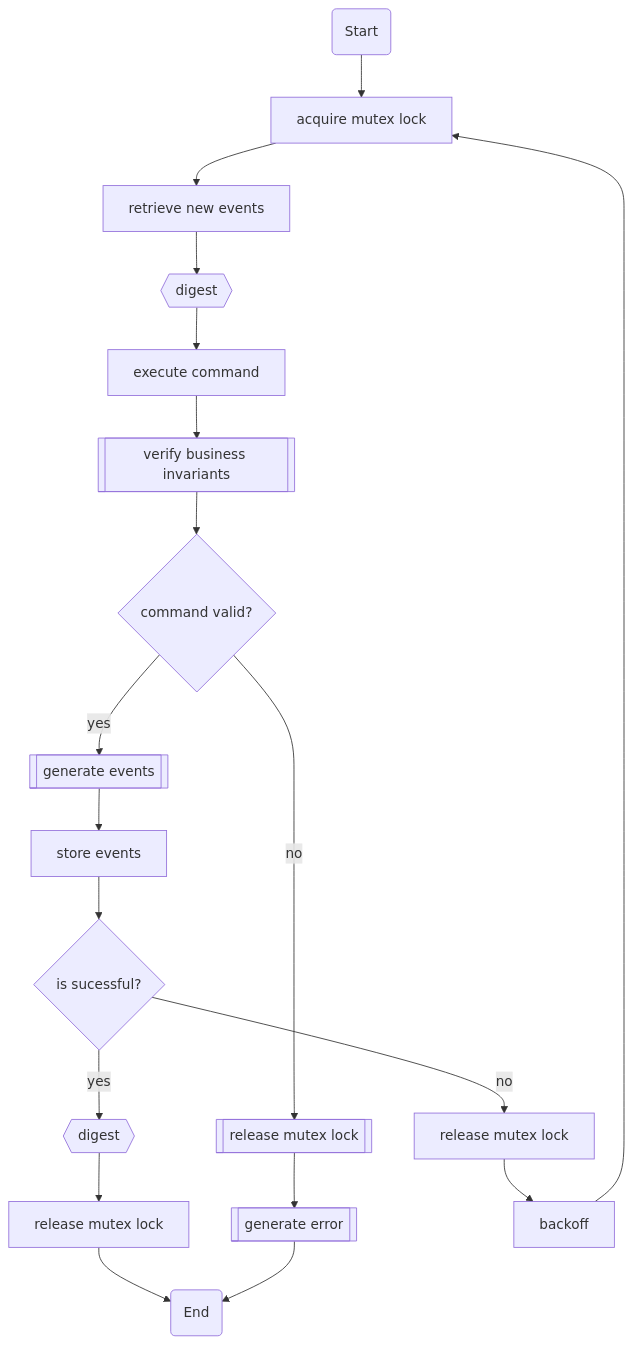
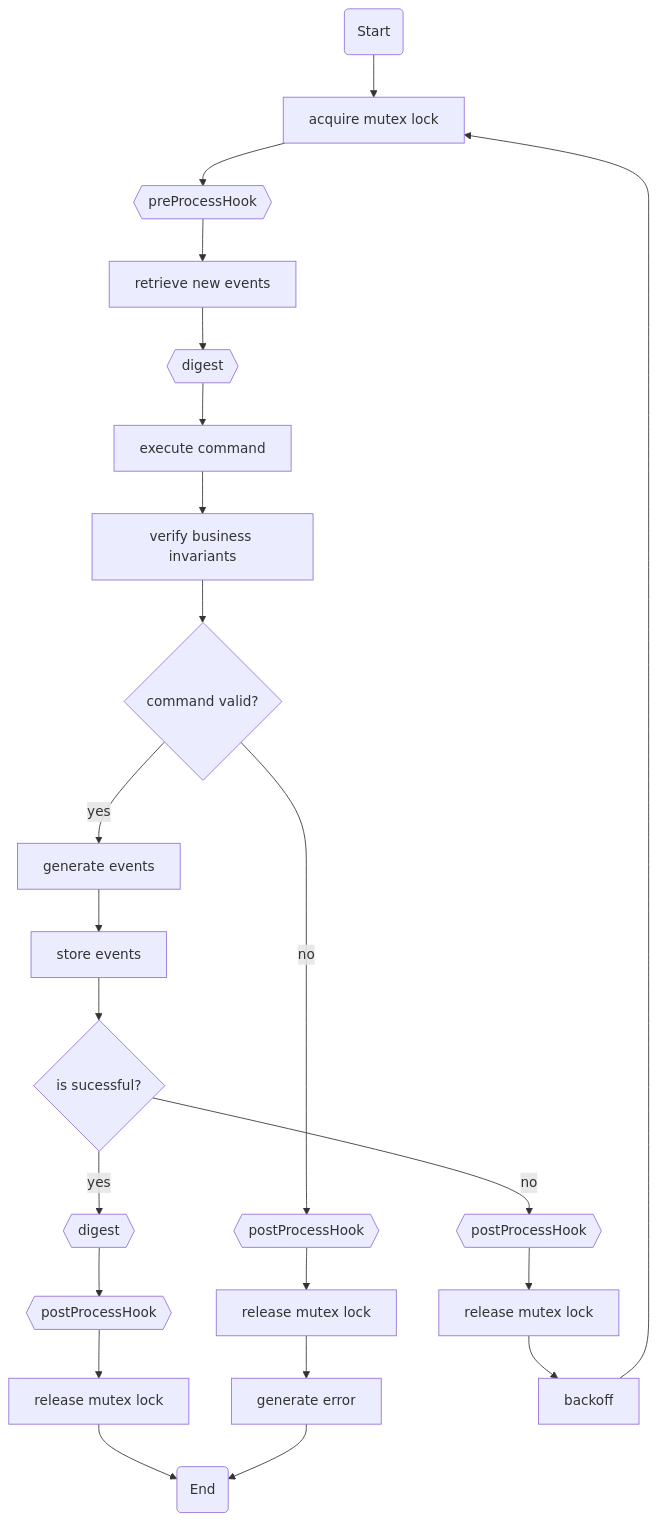
Before and after one commit to HighOutputVentures/labs-arque: the diagram in libs/node-client/docs/process.md, drawn with Mermaid. The commit also changed 3 other files, not shown here.

Commit message:
add load flow

````diff
--- a/libs/node-client/docs/process.md
+++ b/libs/node-client/docs/process.md
@@ -1,21 +1,25 @@
 ```mermaid
 flowchart TB
   A(Start) --> B[acquire mutex lock]
-  B --> P[retrieve new events]
+  B --> Q{{preProcessHook}}
+  Q --> P[retrieve new events]
   P --> C{{digest}}
   C --> D[execute command]
-  D --> E[[verify business invariants]]
+  D --> E[verify business invariants]
   E --> F{command valid?}
-  F --> |yes| G[[generate events]]
-  F --> |no| M[[release mutex lock]]
-  M --> N[[generate error]]
+  F --> |yes| G[generate events]
+  F --> |no| M{{postProcessHook}}
+  M --> S[release mutex lock]
+  S --> N[generate error]
   G --> H[store events]
   H --> I{is sucessful?}
+  I --> |no| T{{postProcessHook}}
   I --> |yes| J{{digest}}
-  J --> O[release mutex lock]
-  I --> |no| K[release mutex lock]
+  J --> R{{postProcessHook}}
+  R --> O[release mutex lock]
+  T --> K[release mutex lock]
   K --> L[backoff]
   L --> B
   O --> Z
   N --> Z(End)
 ```
````
